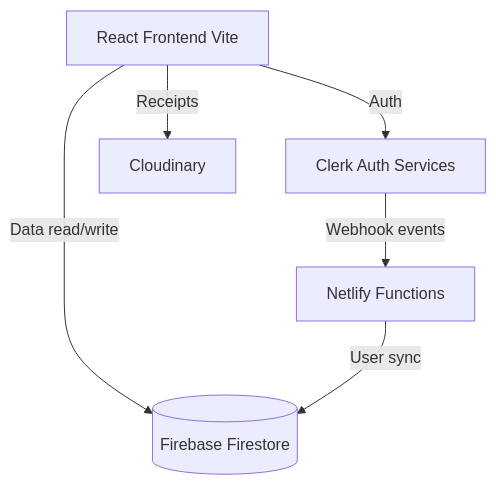
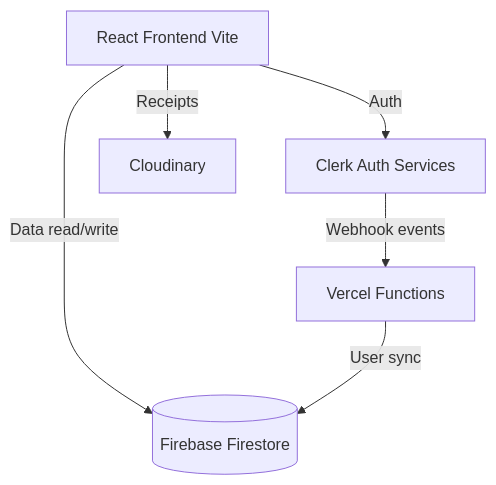
One commit to dhyandevp/ExpenseFlow changed the diagram in ARCHITECTURE.md. Above: the diagram before and after it, drawn with Mermaid. The commit also changed other lines of this file and 15 other files, not shown here.

First line of the commit message:
chore: migrate ExpenseFlow from Netlify to Vercel

````diff
--- a/ARCHITECTURE.md
+++ b/ARCHITECTURE.md
@@ -9,8 +9,8 @@
 ```mermaid
 graph TD
     Client[React Frontend Vite] --> |Auth| Clerk[Clerk Auth Services]
     Client --> |Data read/write| Firestore[(Firebase Firestore)]
     Client --> |Receipts| Cloudinary[Cloudinary]
-    Clerk --> |Webhook events| Netlify[Netlify Functions]
-    Netlify --> |User sync| Firestore
+    Clerk --> |Webhook events| Vercel[Vercel Functions]
+    Vercel --> |User sync| Firestore
 ```
````
